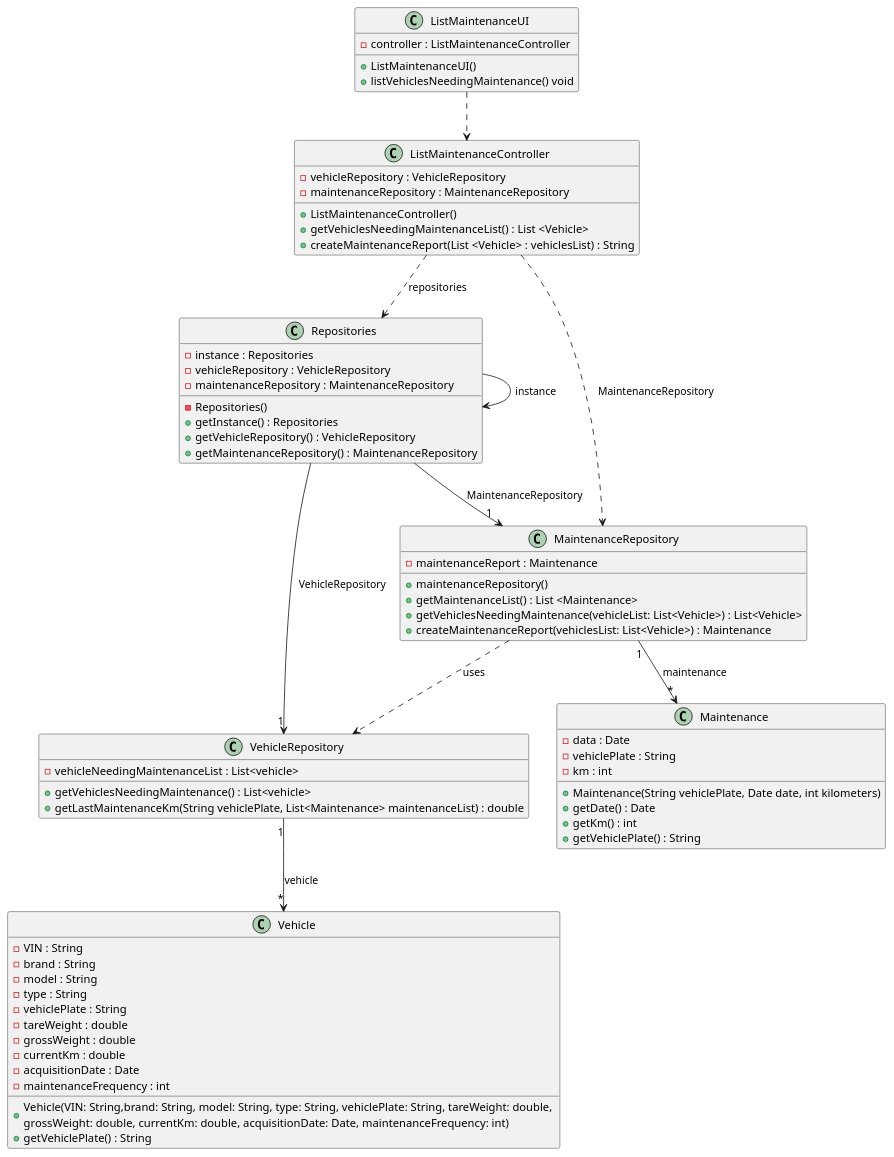
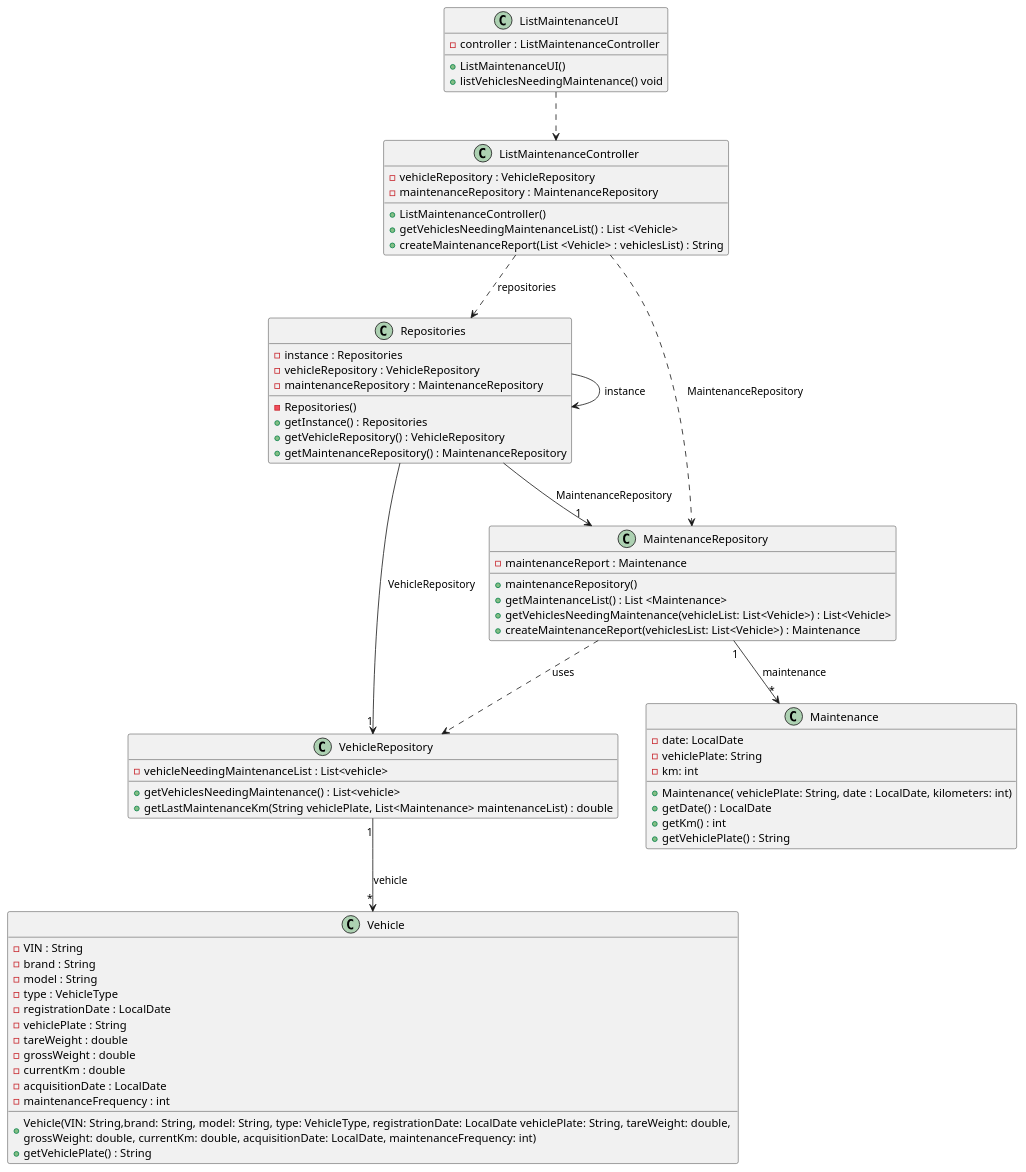
Before and after one commit to ricardomm7/leaflink: the diagram in docs/sprintC/us008/03.design/puml/us008-class-diagram.puml, drawn with PlantUML. The commit also changed 16 other files, not shown here.

Commit message:
Correct ListMaintenance (Feedback); Update VehicleType as enum; Verify vehicle plates format for year; Update Tests and DiagramClass

```diff
--- a/docs/sprintC/us008/03.design/puml/us008-class-diagram.puml
+++ b/docs/sprintC/us008/03.design/puml/us008-class-diagram.puml
@@ -1,95 +1,96 @@
 @startuml
 skinparam packageStyle rectangle
 skinparam shadowing false
 skinparam line type polyline
 
 class ListMaintenanceUI{
     - controller : ListMaintenanceController
     + ListMaintenanceUI()
     + listVehiclesNeedingMaintenance() void
 }
 
 class ListMaintenanceController {
     - vehicleRepository : VehicleRepository
     - maintenanceRepository : MaintenanceRepository
 
     + ListMaintenanceController()
     + getVehiclesNeedingMaintenanceList() : List <Vehicle>
     + createMaintenanceReport(List <Vehicle> : vehiclesList) : String
 }
 
 class Repositories {
         - instance : Repositories
         - vehicleRepository : VehicleRepository
         - maintenanceRepository : MaintenanceRepository
 
         - Repositories()
         + getInstance() : Repositories
         + getVehicleRepository() : VehicleRepository
         + getMaintenanceRepository() : MaintenanceRepository
 }
 
 class VehicleRepository {
     - vehicleNeedingMaintenanceList : List<vehicle>
 
     + getVehiclesNeedingMaintenance() : List<vehicle>
     + getLastMaintenanceKm(String vehiclePlate, List<Maintenance> maintenanceList) : double
 }
 
 class MaintenanceRepository {
     - maintenanceReport : Maintenance
 
     + maintenanceRepository()
     + getMaintenanceList() : List <Maintenance>
     + getVehiclesNeedingMaintenance(vehicleList: List<Vehicle>) : List<Vehicle>
     + createMaintenanceReport(vehiclesList: List<Vehicle>) : Maintenance
 }
 
 class Vehicle {
      - VIN : String
      - brand : String
      - model : String
-     - type : String
+     - type : VehicleType
+     - registrationDate : LocalDate
      - vehiclePlate : String
      - tareWeight : double
      - grossWeight : double
      - currentKm : double
-     - acquisitionDate : Date
+     - acquisitionDate : LocalDate
      - maintenanceFrequency : int
 
-    + Vehicle(VIN: String,brand: String, model: String, type: String, vehiclePlate: String, tareWeight: double, \ngrossWeight: double, currentKm: double, acquisitionDate: Date, maintenanceFrequency: int)
+    + Vehicle(VIN: String,brand: String, model: String, type: VehicleType, registrationDate: LocalDate vehiclePlate: String, tareWeight: double, \ngrossWeight: double, currentKm: double, acquisitionDate: LocalDate, maintenanceFrequency: int)
     + getVehiclePlate() : String
 }
 
 
 
 class Maintenance {
-    - data : Date
-    - vehiclePlate : String
-    - km : int
+    - date: LocalDate
+    - vehiclePlate: String
+    - km: int
 
-    + Maintenance(String vehiclePlate, Date date, int kilometers)
-    + getDate() : Date
+    + Maintenance( vehiclePlate: String, date : LocalDate, kilometers: int)
+    + getDate() : LocalDate
     + getKm() : int
     + getVehiclePlate() : String
 }
 
 ListMaintenanceUI ..> ListMaintenanceController
 
 ListMaintenanceController ..> Repositories: repositories
 
 Repositories --> Repositories: instance
 
 ListMaintenanceController ..> MaintenanceRepository: MaintenanceRepository
 
 Repositories --> "1"VehicleRepository: VehicleRepository
 
 Repositories --> "1"MaintenanceRepository: MaintenanceRepository
 
 VehicleRepository "1"--> "*"Vehicle: vehicle
 
 MaintenanceRepository  ..>  VehicleRepository: uses
 
 MaintenanceRepository "1"-->"*" Maintenance: maintenance
 
 @enduml
```
